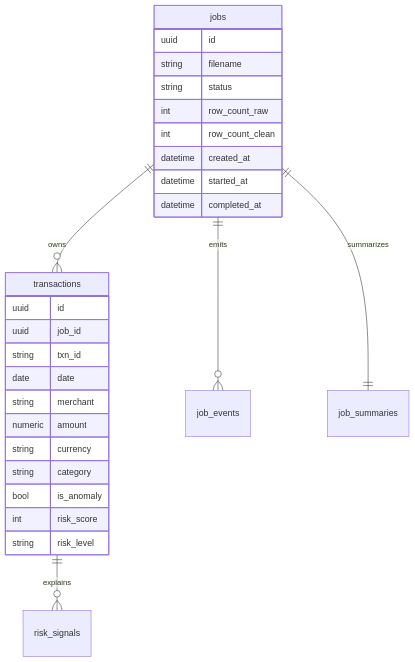
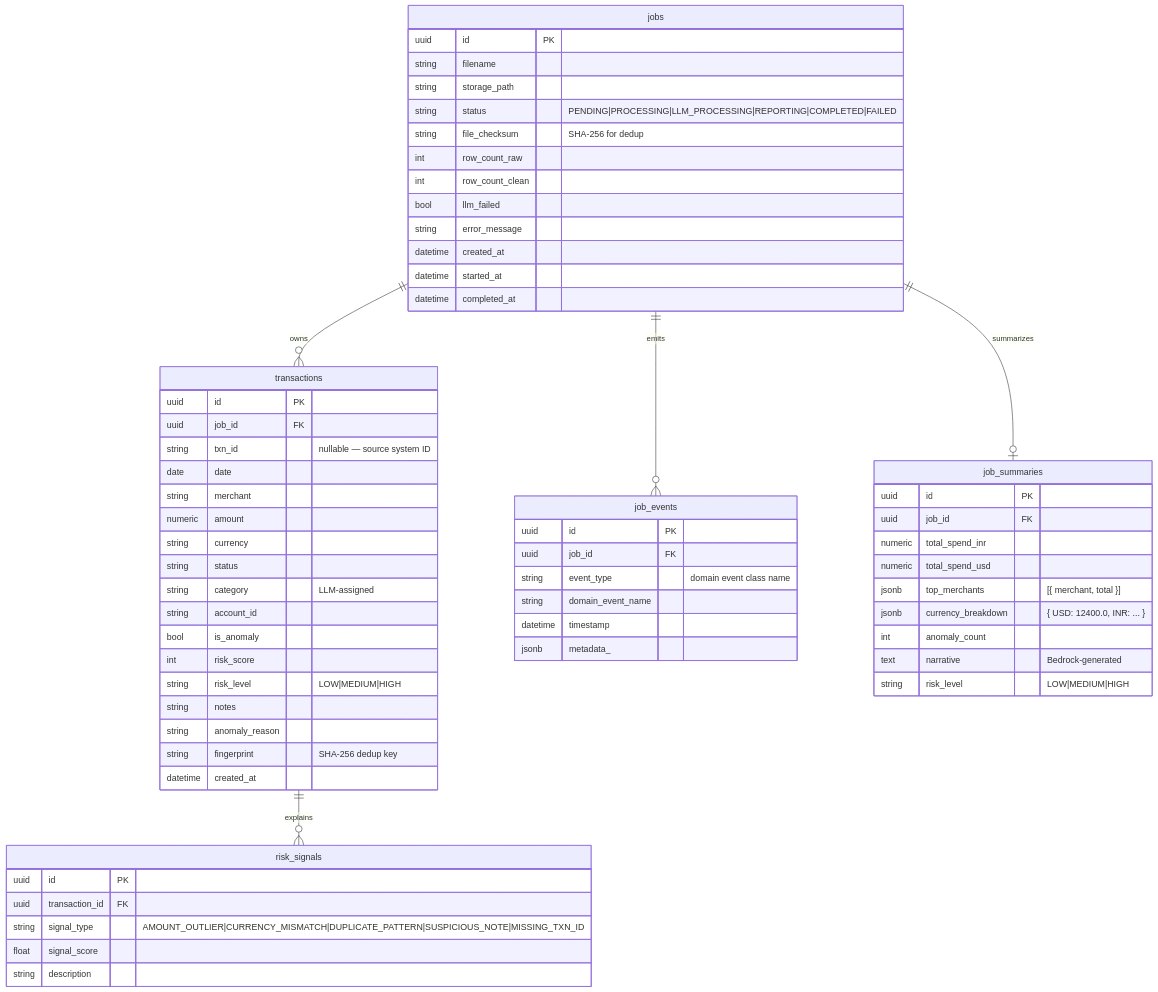
The third of 3 diagrams in README.md (derpx06/aerotx-backend), drawn with Mermaid before and after one commit. The commit also changed other lines of this file, not shown here.

````diff
--- a/README.md
+++ b/README.md
@@ -105,30 +193,71 @@
 ```mermaid
 erDiagram
-  jobs ||--o{ transactions : owns
-  jobs ||--o{ job_events : emits
-  jobs ||--|| job_summaries : summarizes
-  transactions ||--o{ risk_signals : explains
-  jobs {
-    uuid id
-    string filename
-    string status
-    int row_count_raw
-    int row_count_clean
-    datetime created_at
-    datetime started_at
-    datetime completed_at
-  }
-  transactions {
-    uuid id
-    uuid job_id
-    string txn_id
-    date date
-    string merchant
-    numeric amount
-    string currency
-    string category
-    bool is_anomaly
-    int risk_score
-    string risk_level
-  }
+    jobs ||--o{ transactions : "owns"
+    jobs ||--o{ job_events : "emits"
+    jobs ||--o| job_summaries : "summarizes"
+    transactions ||--o{ risk_signals : "explains"
+
+    jobs {
+        uuid        id           PK
+        string      filename
+        string      storage_path
+        string      status       "PENDING|PROCESSING|LLM_PROCESSING|REPORTING|COMPLETED|FAILED"
+        string      file_checksum  "SHA-256 for dedup"
+        int         row_count_raw
+        int         row_count_clean
+        bool        llm_failed
+        string      error_message
+        datetime    created_at
+        datetime    started_at
+        datetime    completed_at
+    }
+
+    transactions {
+        uuid        id           PK
+        uuid        job_id       FK
+        string      txn_id       "nullable — source system ID"
+        date        date
+        string      merchant
+        numeric     amount
+        string      currency
+        string      status
+        string      category     "LLM-assigned"
+        string      account_id
+        bool        is_anomaly
+        int         risk_score
+        string      risk_level   "LOW|MEDIUM|HIGH"
+        string      notes
+        string      anomaly_reason
+        string      fingerprint  "SHA-256 dedup key"
+        datetime    created_at
+    }
+
+    risk_signals {
+        uuid        id             PK
+        uuid        transaction_id FK
+        string      signal_type    "AMOUNT_OUTLIER|CURRENCY_MISMATCH|DUPLICATE_PATTERN|SUSPICIOUS_NOTE|MISSING_TXN_ID"
+        float       signal_score
+        string      description
+    }
+
+    job_events {
+        uuid        id               PK
+        uuid        job_id           FK
+        string      event_type       "domain event class name"
+        string      domain_event_name
+        datetime    timestamp
+        jsonb       metadata_
+    }
+
+    job_summaries {
+        uuid        id                PK
+        uuid        job_id            FK
+        numeric     total_spend_inr
+        numeric     total_spend_usd
+        jsonb       top_merchants     "[{ merchant, total }]"
+        jsonb       currency_breakdown "{ USD: 12400.0, INR: ... }"
+        int         anomaly_count
+        text        narrative         "Bedrock-generated"
+        string      risk_level        "LOW|MEDIUM|HIGH"
+    }
 ```
````
